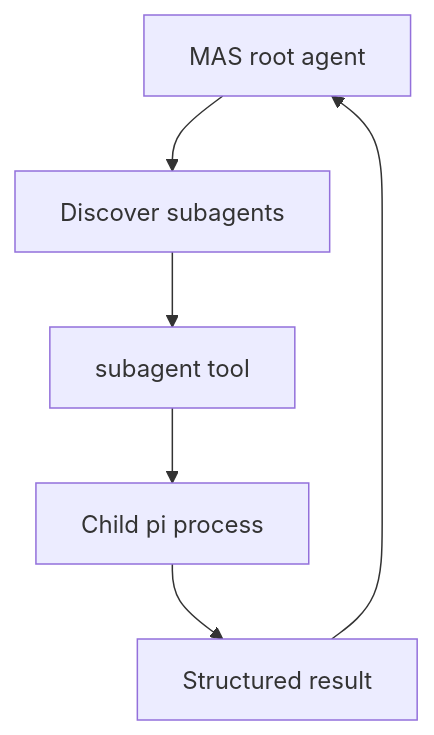
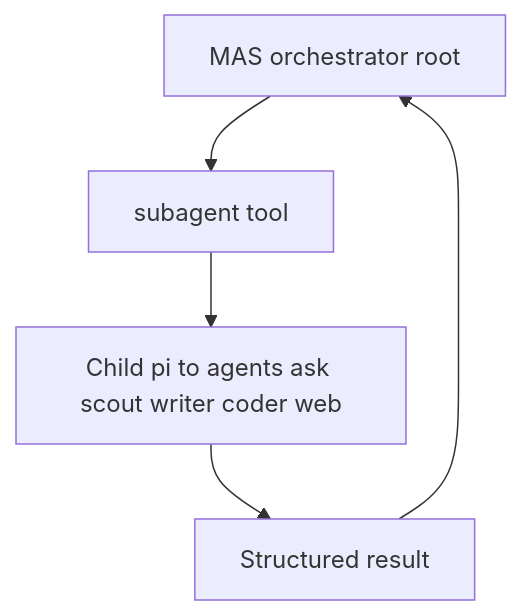
Before and after one commit to PlebeiusGaragicus/dot-pi: the second of 2 diagrams in docs/architecture.md, drawn with Mermaid. The commit also changed other lines of this file and 8 other files, not shown here.

Commit message:
Retire PI_INSTALL.md and root install stub; fold architecture into docs Fixes #23

````diff
--- a/docs/architecture.md
+++ b/docs/architecture.md
@@ -83,10 +107,9 @@
 ```mermaid
 graph TD
-  Parent["MAS root agent"]
-  Discover["Discover subagents"]
+  Parent["MAS orchestrator root"]
   Tool["subagent tool"]
-  Child["Child pi process"]
+  Workers["Child pi to agents ask scout writer coder web"]
   Result["Structured result"]
 
-  Parent --> Discover --> Tool --> Child --> Result --> Parent
+  Parent --> Tool --> Workers --> Result --> Parent
 ```
````
